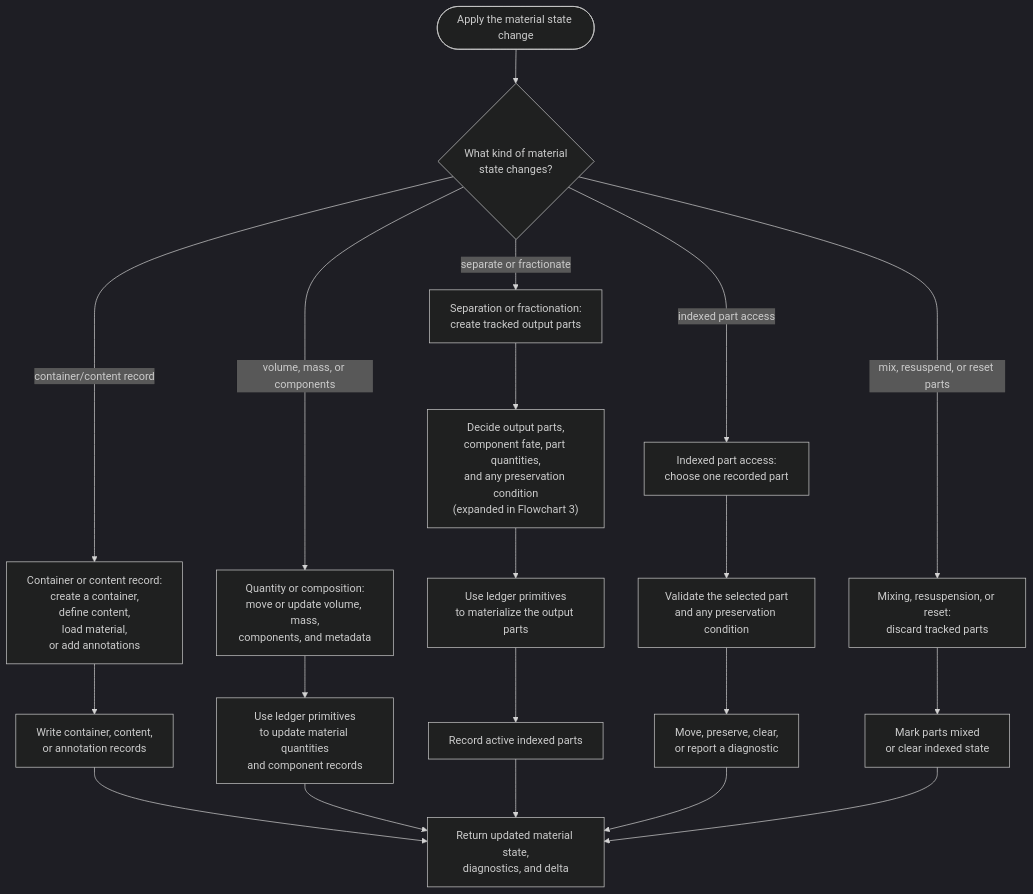
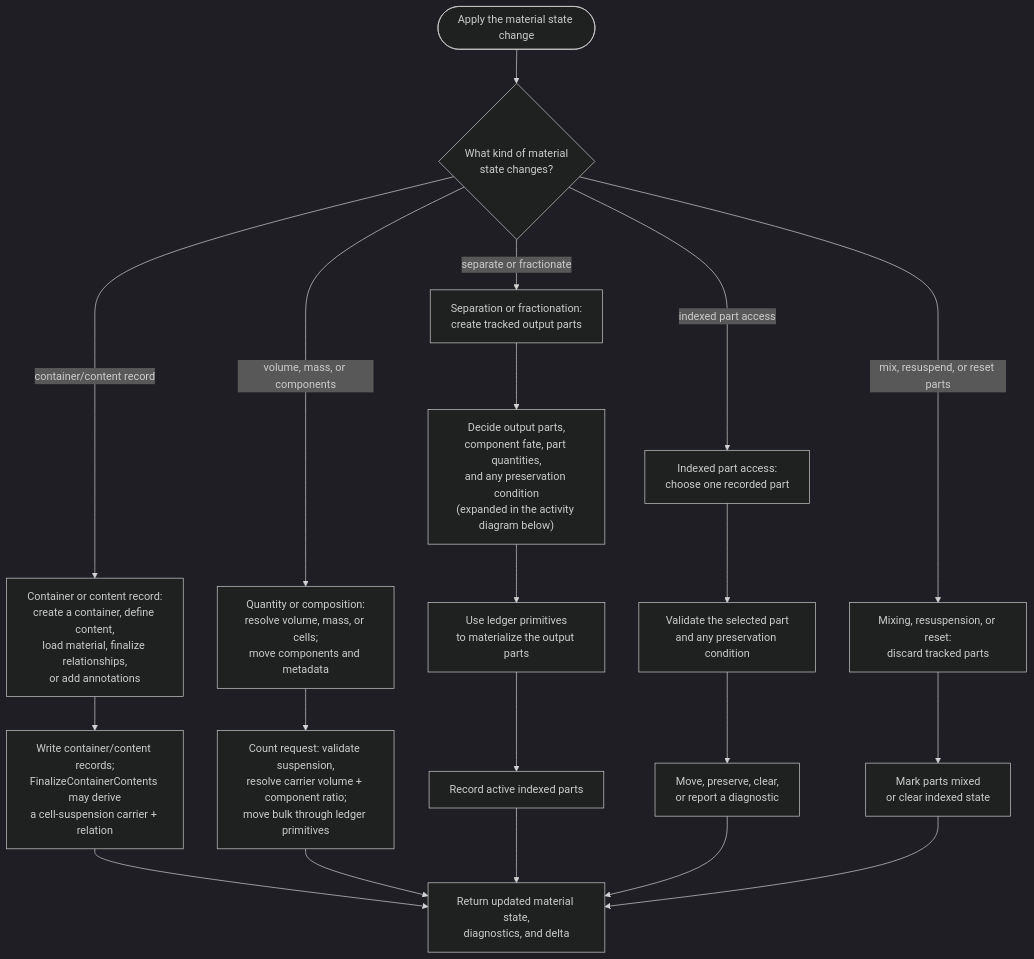
One commit to culsma/culsma changed the second of 12 diagrams in docs/architecture/material_compute_module_diagrams.md. Above: the diagram before and after it, drawn with Mermaid (dark theme). The commit also changed other lines of this file and 30 other files, not shown here.

Commit message:
feat(material): finalize suspension and separation semantics

````diff
--- a/docs/architecture/material_compute_module_diagrams.md
+++ b/docs/architecture/material_compute_module_diagrams.md
@@ -89,51 +93,51 @@
 ```mermaid
 flowchart TB
     Step(["Apply the material state change"])
     Action{"What kind of material<br/>state changes?"}
 
-    ContainerRecord["Container or content record:<br/>create a container,<br/>define content,<br/>load material,<br/>or add annotations"]
-    ContainerApply["Write container, content,<br/>or annotation records"]
+    ContainerRecord["Container or content record:<br/>create a container, define content,<br/>load material, finalize relationships,<br/>or add annotations"]
+    ContainerApply["Write container/content records;<br/>FinalizeContainerContents may derive<br/>a cell-suspension carrier + relation"]
 
-    QuantityComposition["Quantity or composition:<br/>move or update volume, mass,<br/>components, and metadata"]
-    QuantityApply["Use ledger primitives<br/>to update material quantities<br/>and component records"]
+    QuantityComposition["Quantity or composition:<br/>resolve volume, mass, or cells;<br/>move components and metadata"]
+    QuantityApply["Count request: validate suspension,<br/>resolve carrier volume + component ratio;<br/>move bulk through ledger primitives"]
 
     SepFrac["Separation or fractionation:<br/>create tracked output parts"]
-    Partition["Decide output parts,<br/>component fate, part quantities,<br/>and any preservation condition<br/>(expanded in Flowchart 3)"]
+    Partition["Decide output parts,<br/>component fate, part quantities,<br/>and any preservation condition<br/>(expanded in the activity diagram below)"]
     Materialize["Use ledger primitives<br/>to materialize the output parts"]
     RecordPartition["Record active indexed parts"]
 
     Select["Indexed part access:<br/>choose one recorded part"]
     Validate["Validate the selected part<br/>and any preservation condition"]
     SelectionImpact["Move, preserve, clear,<br/>or report a diagnostic"]
 
     Reset["Mixing, resuspension, or reset:<br/>discard tracked parts"]
     ResetImpact["Mark parts mixed<br/>or clear indexed state"]
 
     Return["Return updated material state,<br/>diagnostics, and delta"]
 
     Step --> Action
 
     Action -->|container/content record| ContainerRecord
     ContainerRecord --> ContainerApply
     ContainerApply --> Return
 
     Action -->|volume, mass, or components| QuantityComposition
     QuantityComposition --> QuantityApply
     QuantityApply --> Return
 
     Action -->|separate or fractionate| SepFrac
     SepFrac --> Partition
     Partition --> Materialize
     Materialize --> RecordPartition
     RecordPartition --> Return
 
     Action -->|indexed part access| Select
     Select --> Validate
     Validate --> SelectionImpact
     SelectionImpact --> Return
 
     Action -->|mix, resuspend, or reset parts| Reset
     Reset --> ResetImpact
     ResetImpact --> Return
 
 ```
````
